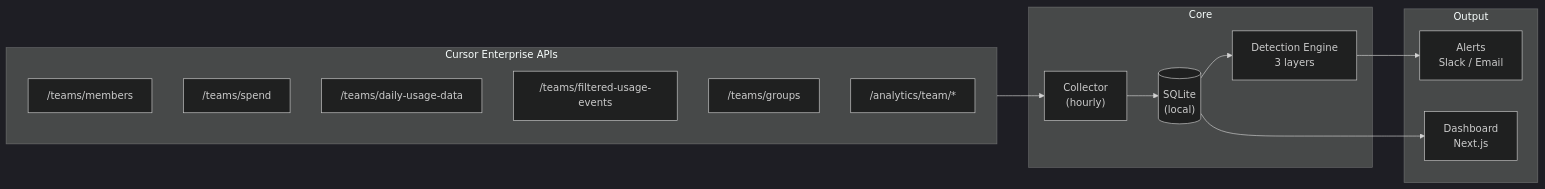
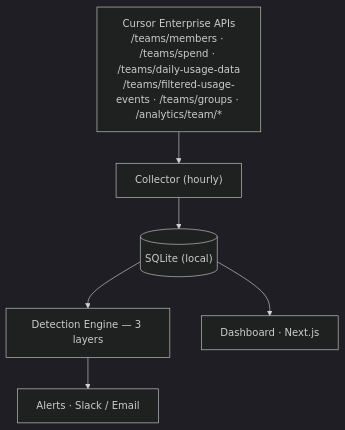
One commit to ofershap/cursor-usage-tracker changed the diagram in README.md. Above: the diagram before and after it, drawn with Mermaid (dark theme).

Commit message:
docs: fix architecture diagram to top-down Mermaid layout

````diff
--- a/README.md
+++ b/README.md
@@ -221,26 +221,13 @@
 ```mermaid
-flowchart LR
-    subgraph APIs["Cursor Enterprise APIs"]
-        A1["/teams/members"]
-        A2["/teams/spend"]
-        A3["/teams/daily-usage-data"]
-        A4["/teams/filtered-usage-events"]
-        A5["/teams/groups"]
-        A6["/analytics/team/*"]
-    end
-
-    subgraph Core
-        C["Collector\n(hourly)"]
-        DB[("SQLite\n(local)")]
-        D["Detection Engine\n3 layers"]
-    end
-
-    subgraph Output
-        AL["Alerts\nSlack / Email"]
-        DA["Dashboard\nNext.js"]
-    end
+flowchart TB
+    APIs["Cursor Enterprise APIs\n/teams/members · /teams/spend · /teams/daily-usage-data\n/teams/filtered-usage-events · /teams/groups · /analytics/team/*"]
+    C["Collector (hourly)"]
+    DB[("SQLite (local)")]
+    D["Detection Engine — 3 layers"]
+    AL["Alerts · Slack / Email"]
+    DA["Dashboard · Next.js"]
 
     APIs --> C --> DB --> D
     DB --> DA
     D --> AL
 ```
````
